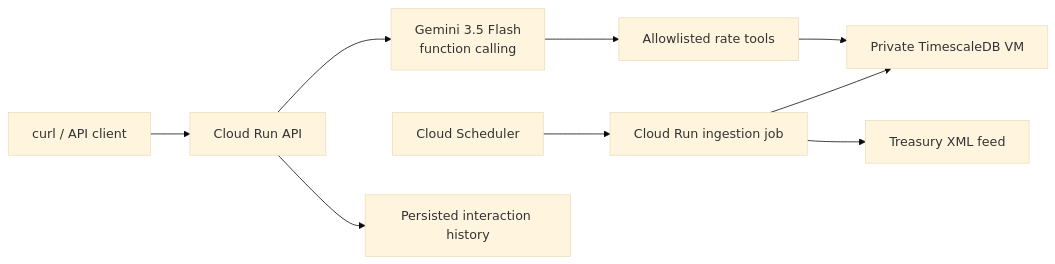
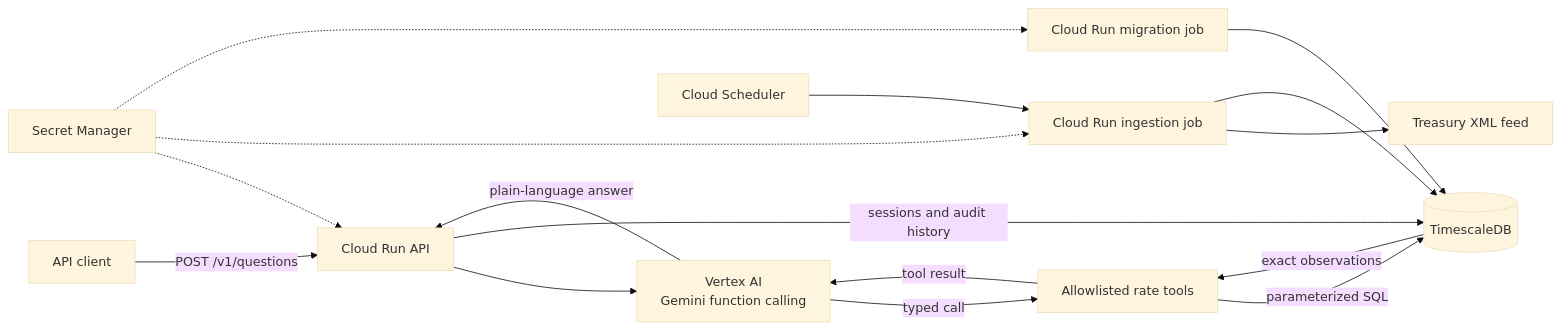
One commit to kclaka/MoFiAgent changed the diagram in README.md. Above: the diagram before and after it, drawn with Mermaid (base theme). The commit also changed other lines of this file, not shown here.

Commit message:
docs: explain architecture and tradeoffs

````diff
--- a/README.md
+++ b/README.md
@@ -5,11 +78,20 @@
 ```mermaid
 flowchart LR
-    U["curl / API client"] --> API["Cloud Run API"]
-    API --> G["Gemini 3.5 Flash\nfunction calling"]
-    G --> T["Allowlisted rate tools"]
-    T --> DB["Private TimescaleDB VM"]
-    S["Cloud Scheduler"] --> J["Cloud Run ingestion job"]
-    J --> TS["Treasury XML feed"]
-    J --> DB
-    API --> H["Persisted interaction history"]
+    C["API client"] -->|"POST /v1/questions"| API["Cloud Run API"]
+    API --> V["Vertex AI<br/>Gemini function calling"]
+    V -->|"typed call"| T["Allowlisted rate tools"]
+    T -->|"parameterized SQL"| DB[("TimescaleDB")]
+    DB -->|"exact observations"| T
+    T -->|"tool result"| V
+    V -->|"plain-language answer"| API
+    API -->|"sessions and audit history"| DB
+
+    SCH["Cloud Scheduler"] --> ING["Cloud Run ingestion job"]
+    ING --> SRC["Treasury XML feed"]
+    ING --> DB
+    MIG["Cloud Run migration job"] --> DB
+
+    SM["Secret Manager"] -.-> API
+    SM -.-> ING
+    SM -.-> MIG
 ```
````
